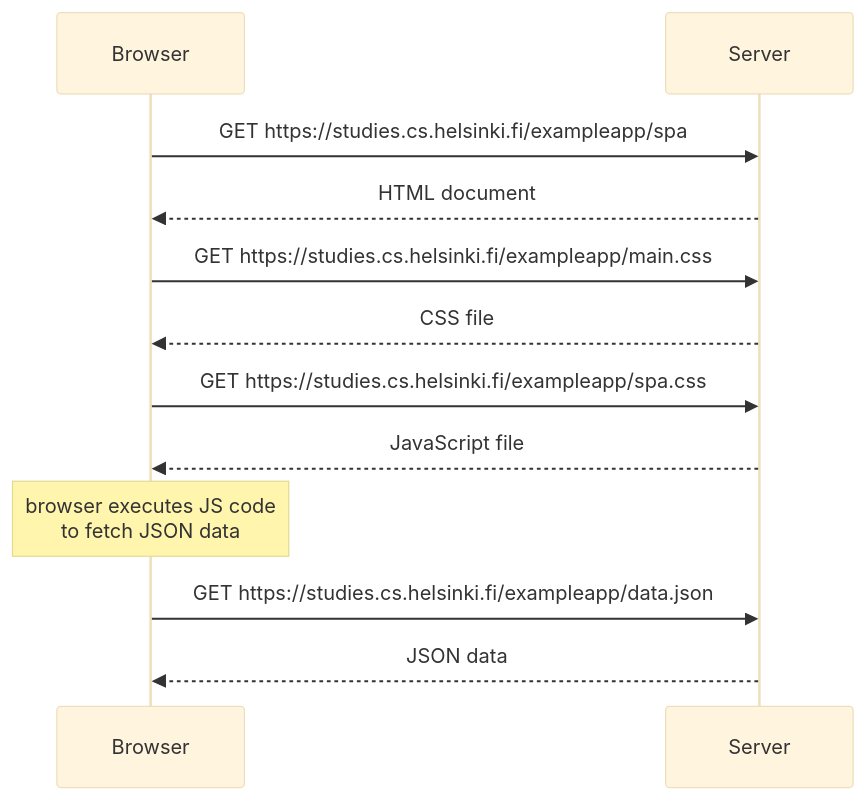
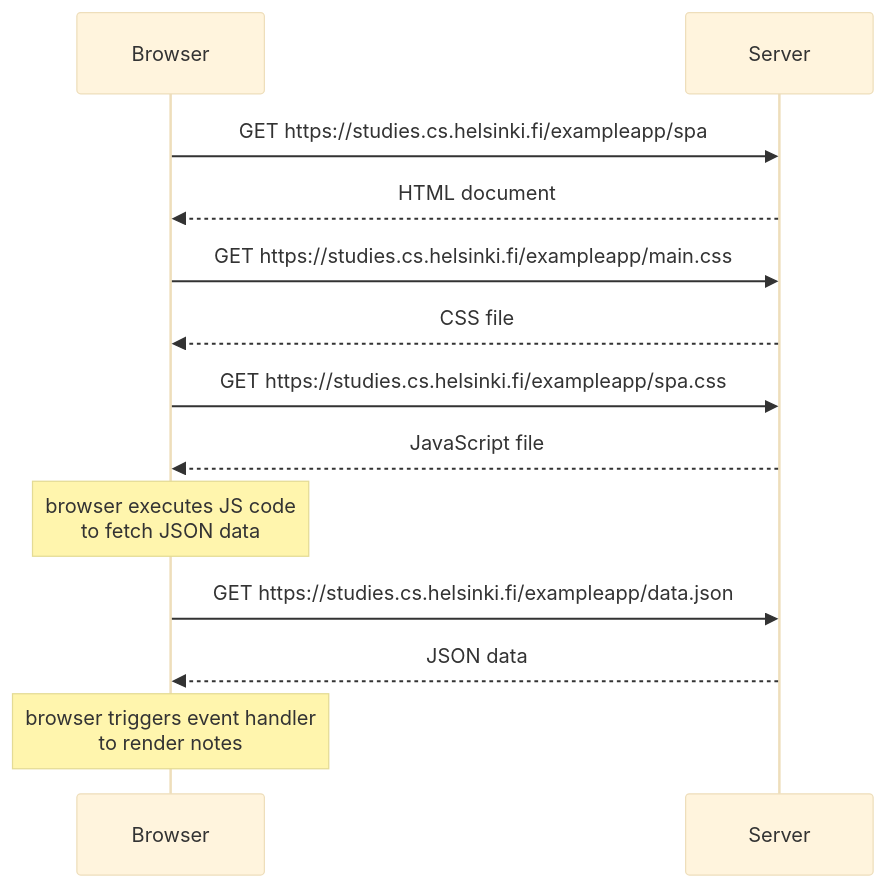
The diagram in part0/single-page-app-diagram/single-page-app-diagram.md (mpetkov228/full-stack-open), drawn with Mermaid (base theme) before and after one commit.

````diff
--- a/part0/single-page-app-diagram/single-page-app-diagram.md
+++ b/part0/single-page-app-diagram/single-page-app-diagram.md
@@ -1,13 +1,13 @@
 ```mermaid
 sequenceDiagram
     Browser ->> Server: GET https://studies.cs.helsinki.fi/exampleapp/spa
     Server -->> Browser: HTML document
     Browser ->> Server: GET https://studies.cs.helsinki.fi/exampleapp/main.css
     Server -->> Browser: CSS file
     Browser ->> Server: GET https://studies.cs.helsinki.fi/exampleapp/spa.css
     Server -->> Browser: JavaScript file
     Note over Browser: browser executes JS code <br> to fetch JSON data
     Browser ->> Server: GET https://studies.cs.helsinki.fi/exampleapp/data.json
     Server -->> Browser: JSON data
-    
+    Note over Browser: browser triggers event handler <br> to render notes
 ```
````
